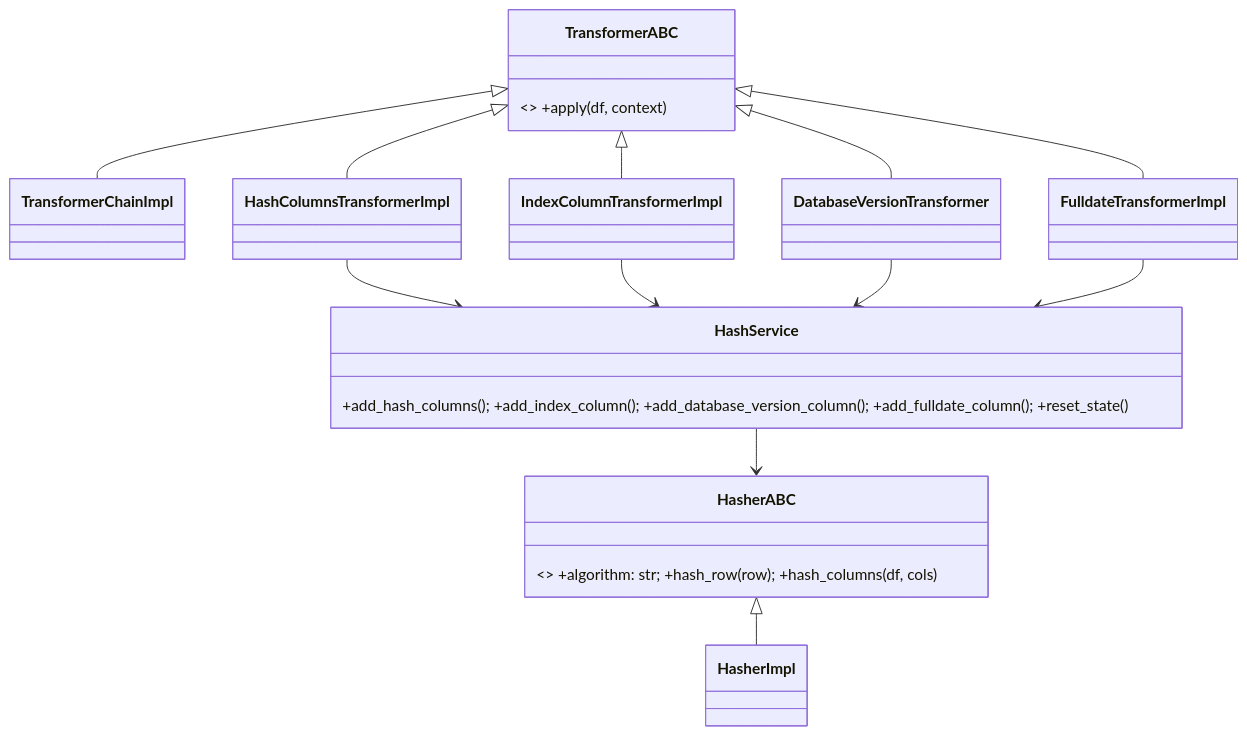
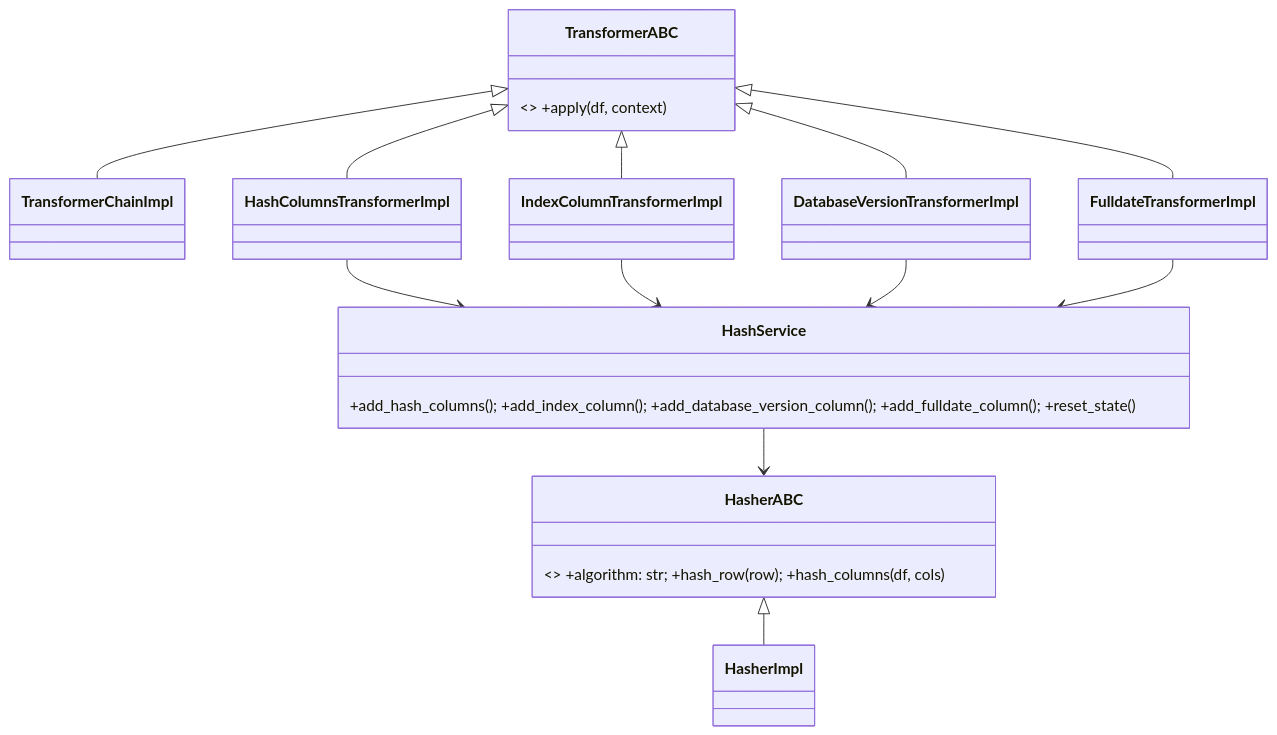
Before and after one commit to SatoryKono/BioactivityDataAcquisition: the fourth of 6 diagrams in docs/domain-class-diagrams.md, drawn with Mermaid. The commit also changed other lines of this file and 49 other files, not shown here.

````diff
--- a/docs/domain-class-diagrams.md
+++ b/docs/domain-class-diagrams.md
@@ -132,24 +140,24 @@
 ```mermaid
 classDiagram
     class HasherABC { <<ABC>> +algorithm: str; +hash_row(row); +hash_columns(df, cols) }
     class HasherImpl
     class HashService { +add_hash_columns(); +add_index_column(); +add_database_version_column(); +add_fulldate_column(); +reset_state() }
     class TransformerABC { <<ABC>> +apply(df, context) }
     class TransformerChainImpl
     class HashColumnsTransformerImpl
     class IndexColumnTransformerImpl
-    class DatabaseVersionTransformer
+    class DatabaseVersionTransformerImpl
     class FulldateTransformerImpl
 
     HasherABC <|-- HasherImpl
     HashService --> HasherABC
     TransformerABC <|-- TransformerChainImpl
     TransformerABC <|-- HashColumnsTransformerImpl
     TransformerABC <|-- IndexColumnTransformerImpl
-    TransformerABC <|-- DatabaseVersionTransformer
+    TransformerABC <|-- DatabaseVersionTransformerImpl
     TransformerABC <|-- FulldateTransformerImpl
     HashColumnsTransformerImpl --> HashService
     IndexColumnTransformerImpl --> HashService
-    DatabaseVersionTransformer --> HashService
+    DatabaseVersionTransformerImpl --> HashService
     FulldateTransformerImpl --> HashService
 ```
````
